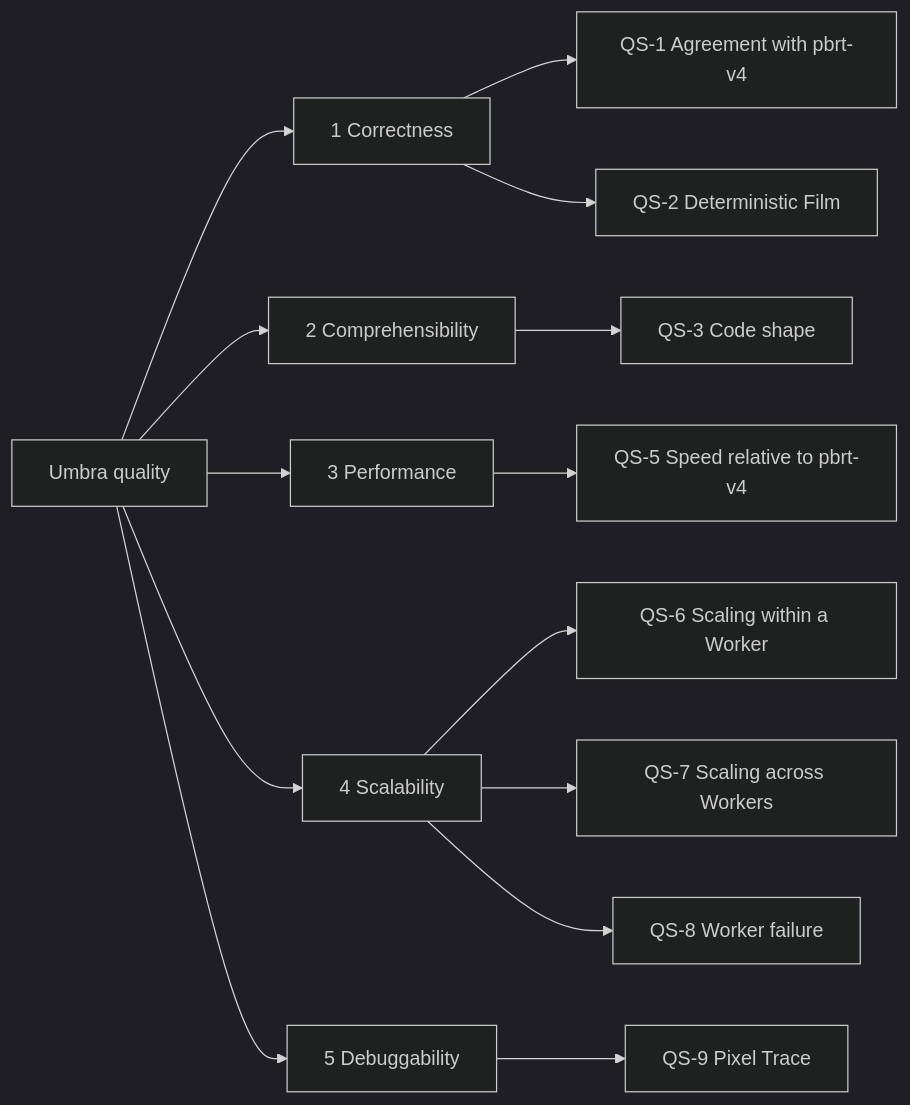
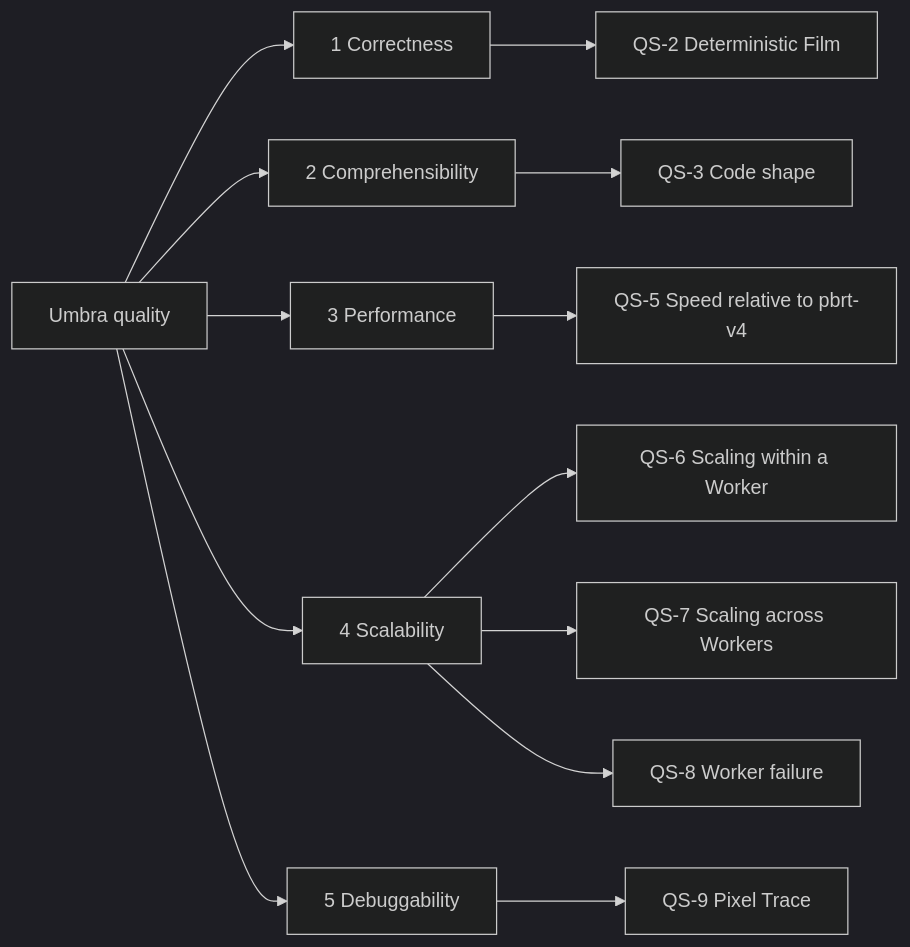
The diagram in docs/architecture/10-quality-requirements.md (sergioffpc/umbra), drawn with Mermaid (dark theme) before and after one commit. The commit also changed other lines of this file and 27 other files, not shown here.

````diff
--- a/docs/architecture/10-quality-requirements.md
+++ b/docs/architecture/10-quality-requirements.md
@@ -7,16 +7,15 @@
 ```mermaid
 flowchart LR
     Q["Umbra quality"] --> C["1 Correctness"]
     Q --> R["2 Comprehensibility"]
     Q --> P["3 Performance"]
     Q --> S["4 Scalability"]
     Q --> D["5 Debuggability"]
-    C --> C1["QS-1 Agreement with pbrt-v4"]
     C --> C2["QS-2 Deterministic Film"]
     R --> R1["QS-3 Code shape"]
     P --> P1["QS-5 Speed relative to pbrt-v4"]
     S --> S1["QS-6 Scaling within a Worker"]
     S --> S2["QS-7 Scaling across Workers"]
     S --> S3["QS-8 Worker failure"]
     D --> D1["QS-9 Pixel Trace"]
 ```
````
